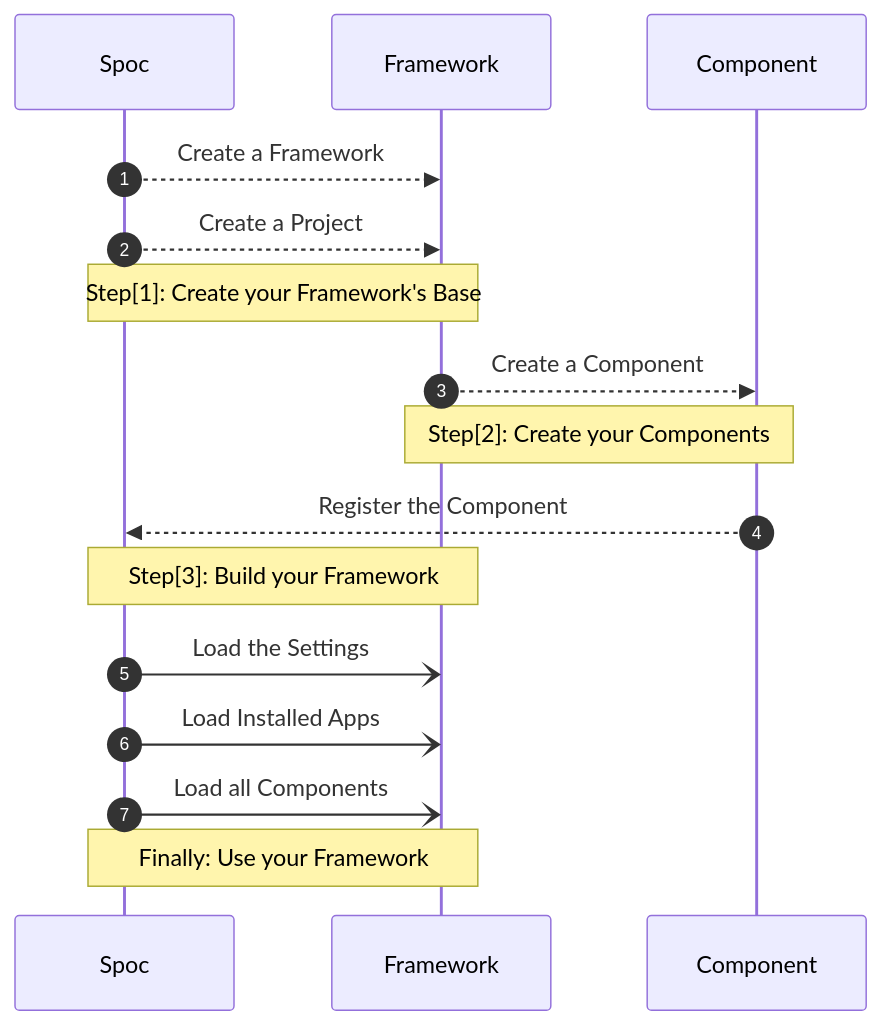
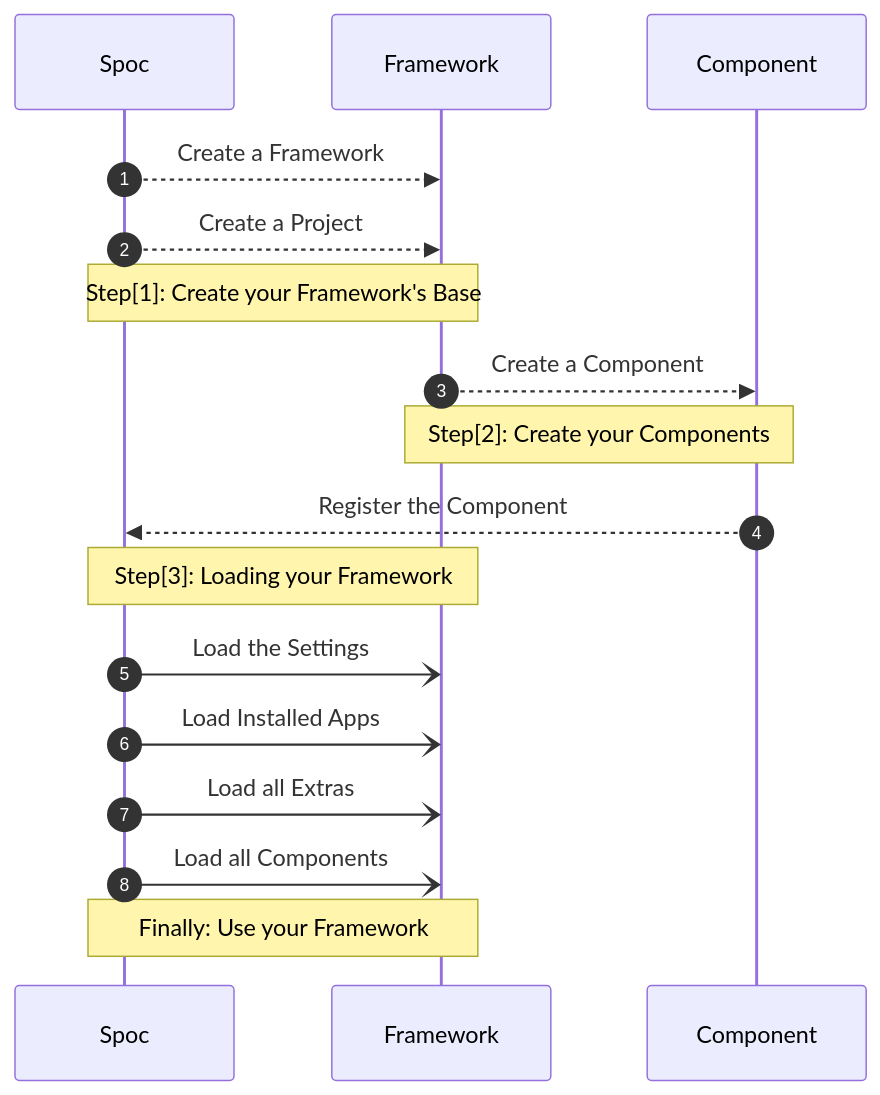
The diagram in docs/docs/index.md (hlop3z/spoc), drawn with Mermaid before and after one commit. The commit also changed other lines of this file and 67 other files, not shown here.

````diff
--- a/docs/docs/index.md
+++ b/docs/docs/index.md
@@ -12,15 +40,16 @@
 ```mermaid
 sequenceDiagram
 autonumber
     Spoc -->> Framework: Create a Framework
     Spoc -->> Framework: Create a Project
     Note over Spoc,Framework: Step[1]: Create your Framework's Base
     Framework -->> Component: Create a Component
     Note over Component,Framework: Step[2]: Create your Components
     Component -->> Spoc: Register the Component
-    Note over Spoc,Framework: Step[3]: Build your Framework
+    Note over Spoc,Framework: Step[3]: Loading your Framework
     Spoc -) Framework: Load the Settings
     Spoc -) Framework: Load Installed Apps
+    Spoc -) Framework: Load all Extras
     Spoc -) Framework: Load all Components
     Note over Spoc,Framework: Finally: Use your Framework
 ```
````
